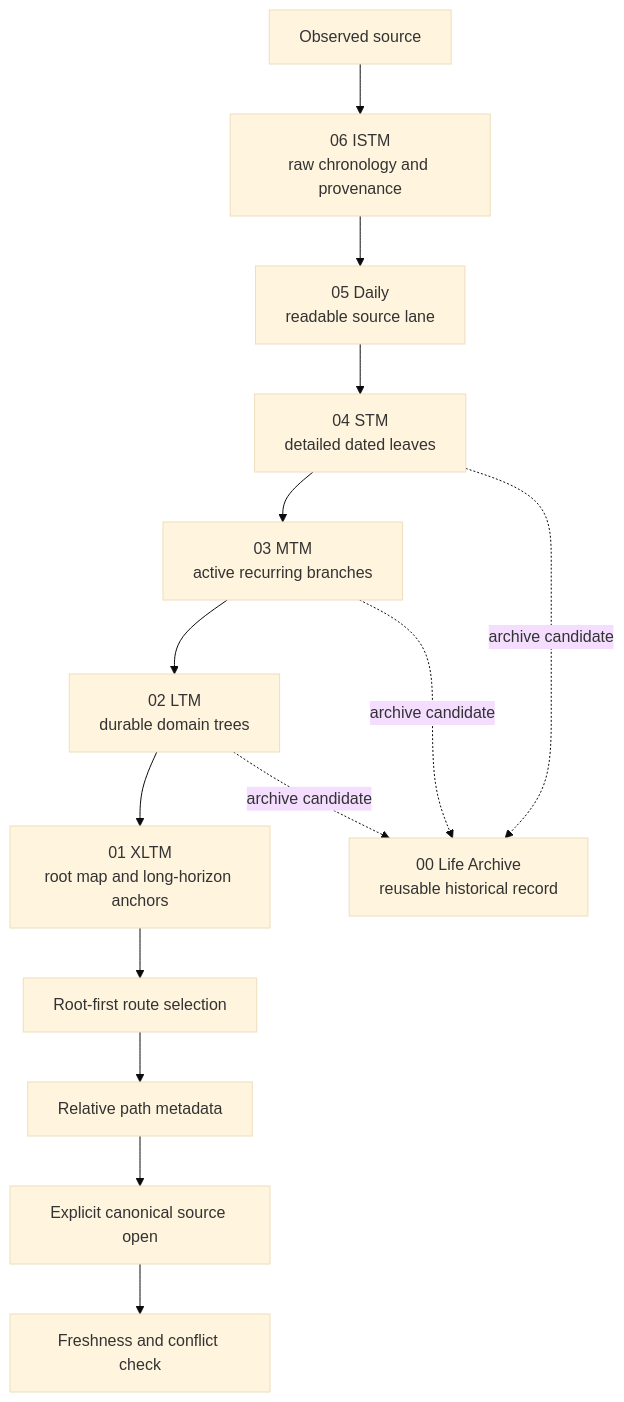
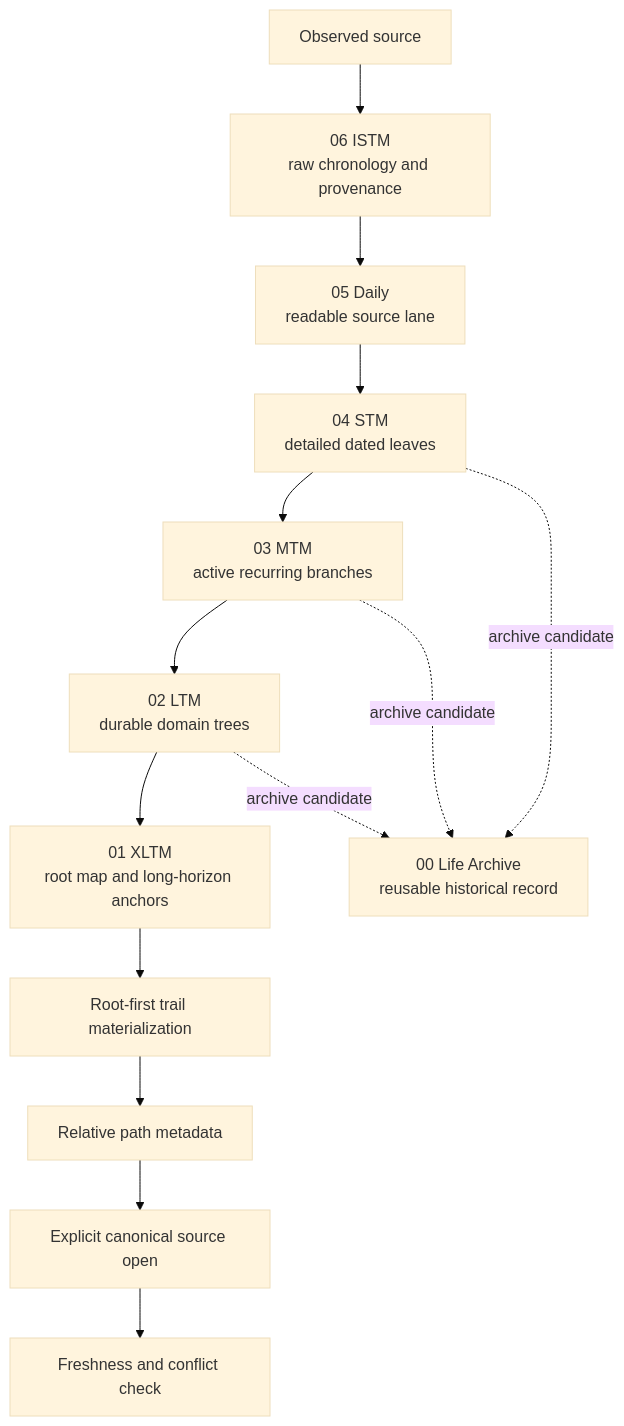
Before and after one commit to hyungchulc/memory-forest: the diagram in README.md, drawn with Mermaid (base theme). The commit also changed other lines of this file and 35 other files, not shown here.

Commit message:
feat: add root-first retrieval protocol (#1)

````diff
--- a/README.md
+++ b/README.md
@@ -31,17 +36,17 @@
 ```mermaid
 flowchart TB
     source["Observed source"] --> istm["06 ISTM<br/>raw chronology and provenance"]
     istm --> daily["05 Daily<br/>readable source lane"]
     daily --> stm["04 STM<br/>detailed dated leaves"]
     stm --> mtm["03 MTM<br/>active recurring branches"]
     mtm --> ltm["02 LTM<br/>durable domain trees"]
     ltm --> xltm["01 XLTM<br/>root map and long-horizon anchors"]
     stm -. archive candidate .-> archive["00 Life Archive<br/>reusable historical record"]
     mtm -. archive candidate .-> archive
     ltm -. archive candidate .-> archive
 
-    xltm --> route["Root-first route selection"]
+    xltm --> route["Root-first trail materialization"]
     route --> metadata["Relative path metadata"]
     metadata --> open["Explicit canonical source open"]
     open --> verify["Freshness and conflict check"]
 ```
````
